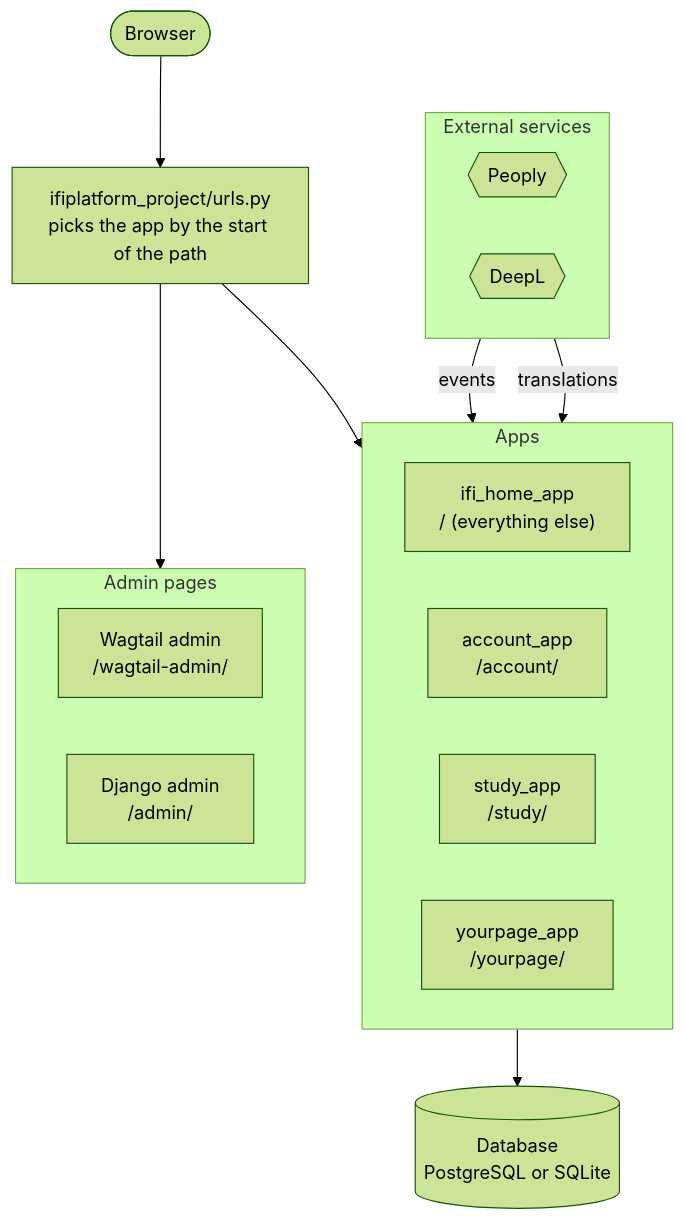
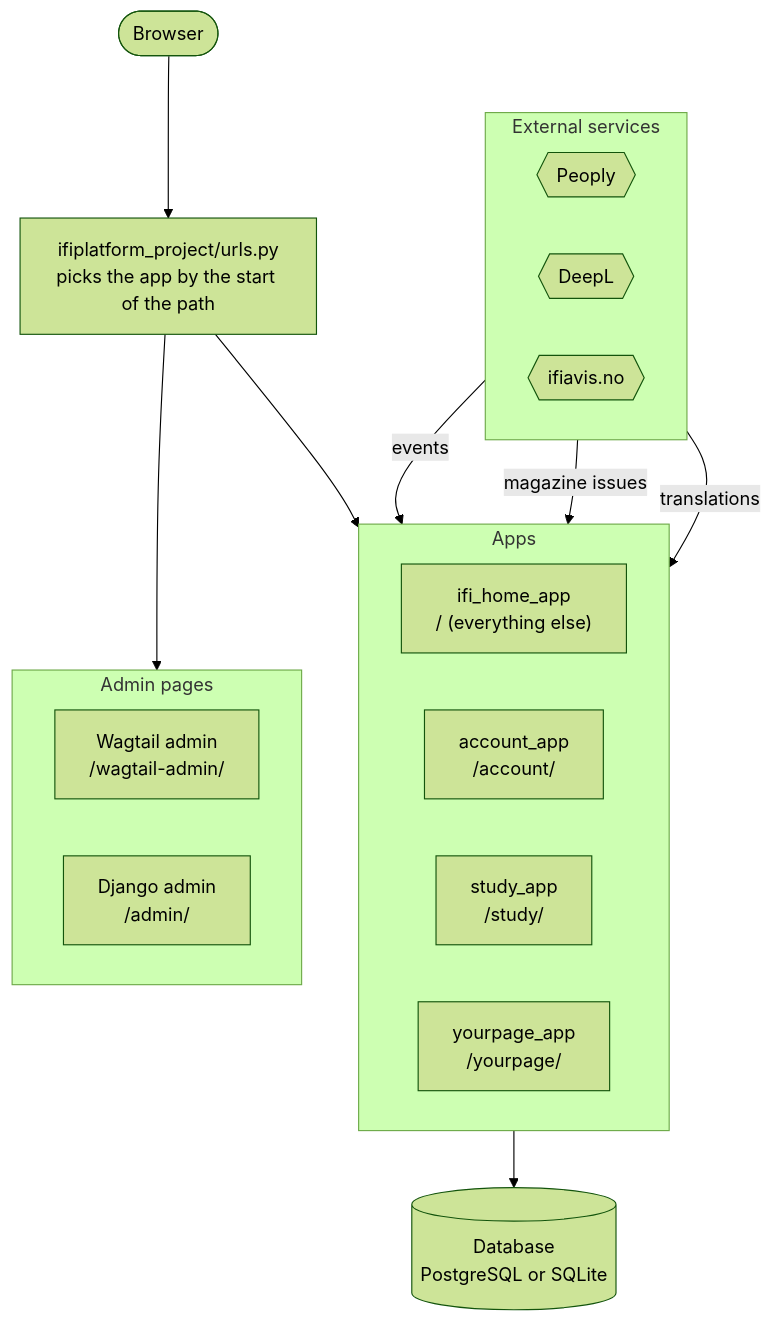
One commit to Creators-Guild/IfiPlatform changed the first of 6 diagrams in docs/architecture/overview.md. Above: the diagram before and after it, drawn with Mermaid (forest theme). The commit also changed other lines of this file and 31 other files, not shown here.

First line of the commit message:
home: >OUTPUT magazine box with daily sync from ifiavis.no

````diff
--- a/docs/architecture/overview.md
+++ b/docs/architecture/overview.md
@@ -67,32 +69,34 @@
 ```mermaid
 flowchart TD
     browser(["Browser"]) --> root["ifiplatform_project/urls.py<br/>picks the app by the start of the path"]
 
     root --> apps
     root --> admins
 
     subgraph apps["Apps"]
         direction LR
         home["ifi_home_app<br/>/ (everything else)"]
         account["account_app<br/>/account/"]
         study["study_app<br/>/study/"]
         yourpage["yourpage_app<br/>/yourpage/"]
     end
 
     subgraph admins["Admin pages"]
         direction LR
         wtadmin["Wagtail admin<br/>/wagtail-admin/"]
         djadmin["Django admin<br/>/admin/"]
     end
 
     apps --> db[("Database<br/>PostgreSQL or SQLite")]
 
     subgraph ext["External services"]
         direction LR
         peoply{{"Peoply"}}
         deepl{{"DeepL"}}
+        ifiavis{{"ifiavis.no"}}
     end
 
     peoply -- "events" --> home
+    ifiavis -- "magazine issues" --> home
     deepl -- "translations" --> home
 ```
````
